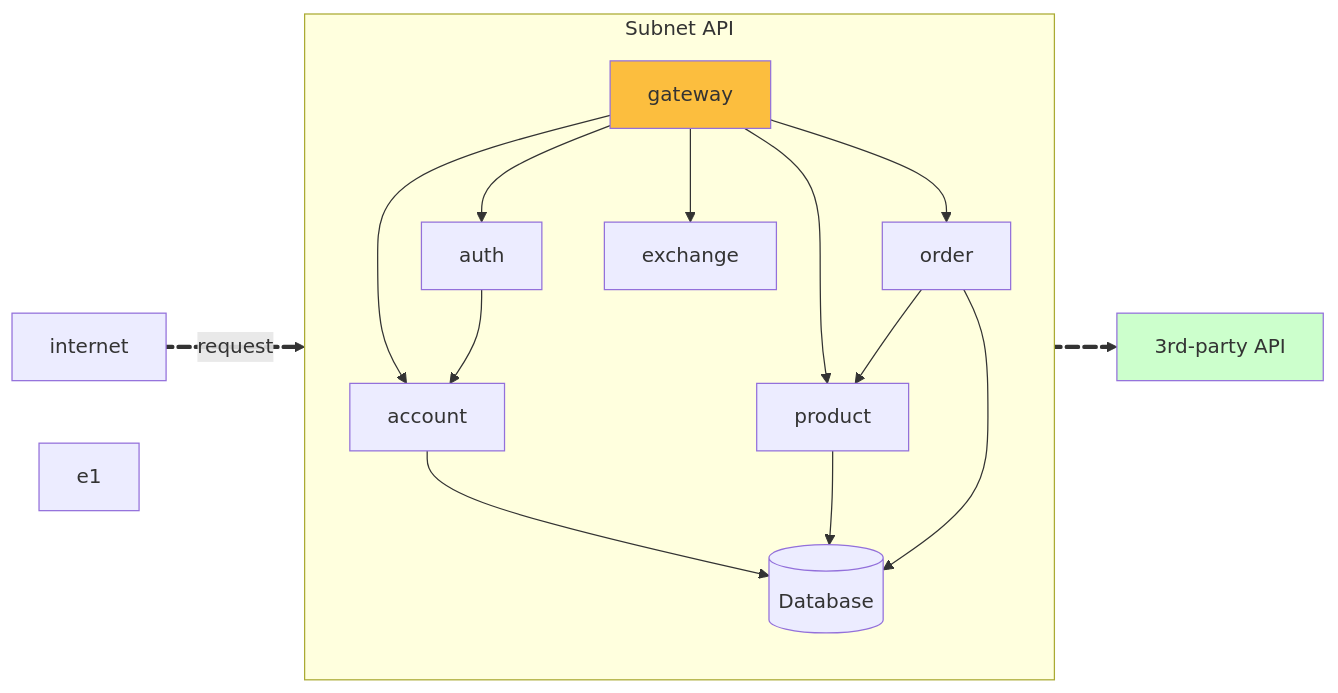
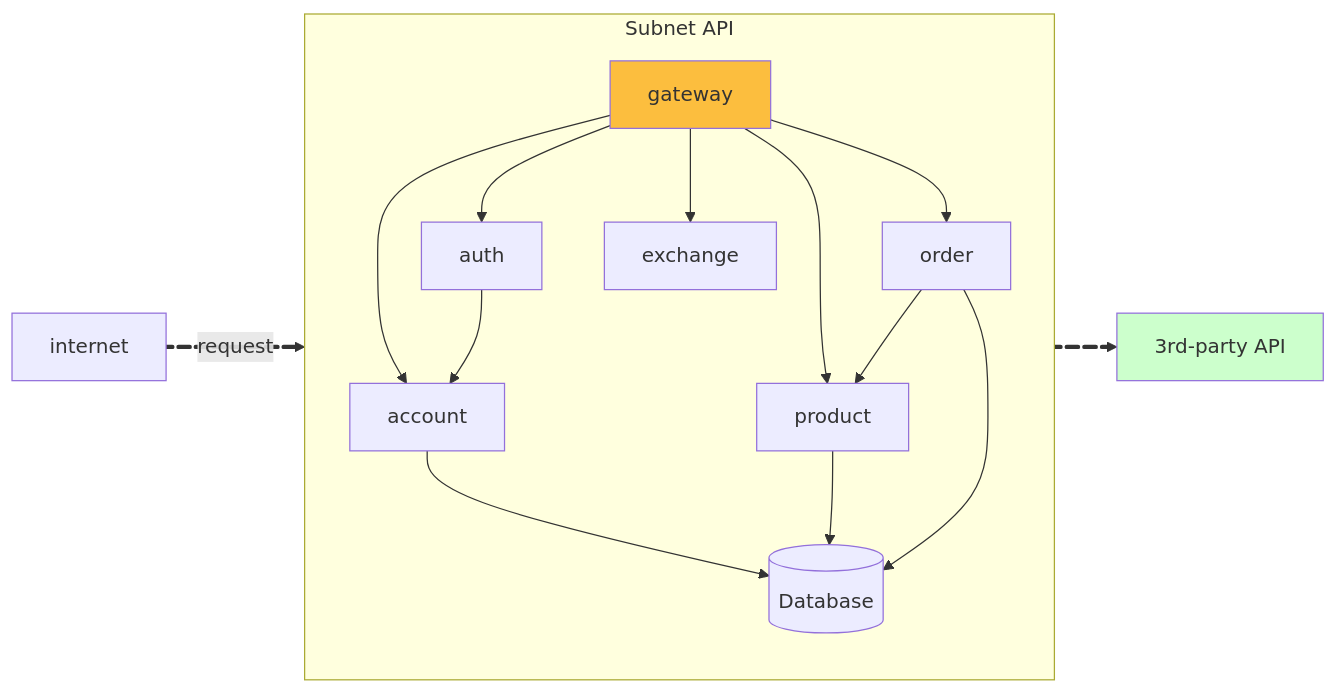
One commit to Joao-Pedro-Queiroz/pma_apis_docs changed the diagram in docs/index.md. Above: the diagram before and after it, drawn with Mermaid.

Commit message:
tirando um detalhe errado

````diff
--- a/docs/index.md
+++ b/docs/index.md
@@ -9,23 +9,22 @@
 ``` mermaid
 flowchart LR
     subgraph api [Subnet API]
         direction TB
         gateway --> account
         gateway --> auth:::red
         gateway --> product
         gateway --> order
         gateway --> exchange
         auth --> account
         order --> product
         account --> db@{ shape: cyl, label: "Database" }
         product --> db
         order --> db
     end
     exchange e3@==> 3partyapi:::green@{label: "3rd-party API"}
     internet e2@==> |request| gateway:::orange
-    e1@{ animate: true }
     e2@{ animate: true }
     e3@{ animate: true }
     classDef green fill:#cfc
     classDef orange fill:#FCBE3E
 ```
````
